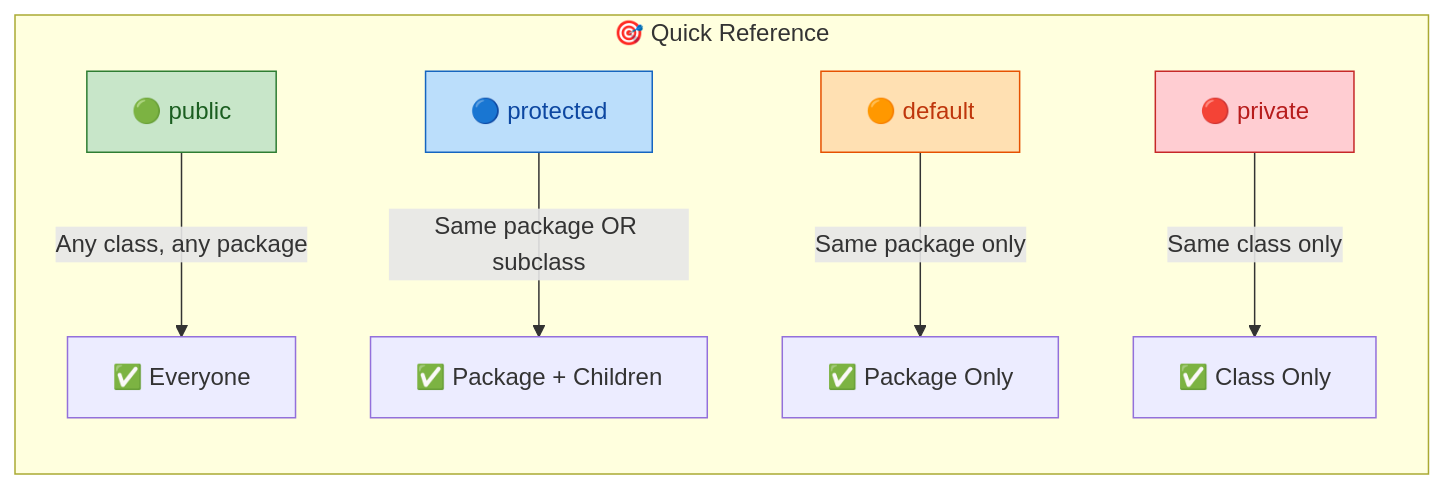
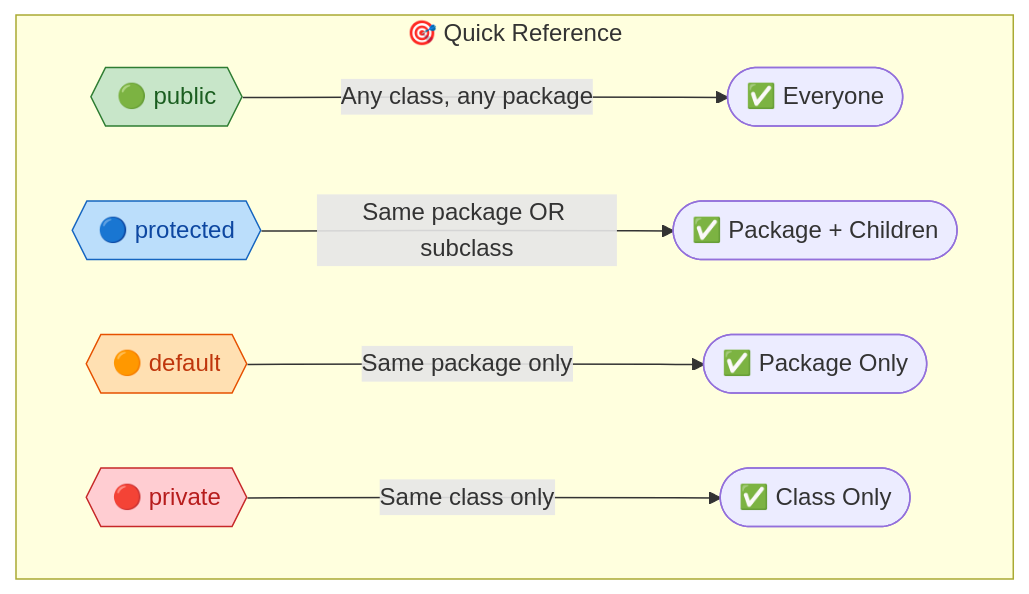
The second of 3 diagrams in docs/java/AccessModifiers.md (saivamsikaruturi/vamsilabs-dev-notes-main), drawn with Mermaid before and after one commit. The commit also changed other lines of this file and 146 other files, not shown here.

Commit message:
Horizontal diagrams, UML class diagrams, typography overhaul, and permalink cleanup

````diff
--- a/docs/java/AccessModifiers.md
+++ b/docs/java/AccessModifiers.md
@@ -28,15 +28,15 @@
 ```mermaid
 flowchart LR
     subgraph scope["🎯 Quick Reference"]
-        direction TB
-        PUB["🟢 public"]:::green --> |"Any class, any package"| ALL["✅ Everyone"]
-        PROT["🔵 protected"]:::blue --> |"Same package OR subclass"| SUB["✅ Package + Children"]
-        DEF["🟠 default"]:::orange --> |"Same package only"| PKG["✅ Package Only"]
-        PRIV["🔴 private"]:::red --> |"Same class only"| CLS["✅ Class Only"]
+        direction LR
+        PUB{{"🟢 public"}}:::green --> |"Any class, any package"| ALL(["✅ Everyone"])
+        PROT{{"🔵 protected"}}:::blue --> |"Same package OR subclass"| SUB(["✅ Package + Children"])
+        DEF{{"🟠 default"}}:::orange --> |"Same package only"| PKG(["✅ Package Only"])
+        PRIV{{"🔴 private"}}:::red --> |"Same class only"| CLS(["✅ Class Only"])
     end
 
     classDef green fill:#C8E6C9,stroke:#2E7D32,color:#1B5E20
     classDef blue fill:#BBDEFB,stroke:#1565C0,color:#0D47A1
     classDef orange fill:#FFE0B2,stroke:#E65100,color:#BF360C
     classDef red fill:#FFCDD2,stroke:#C62828,color:#B71C1C
 ```
````
